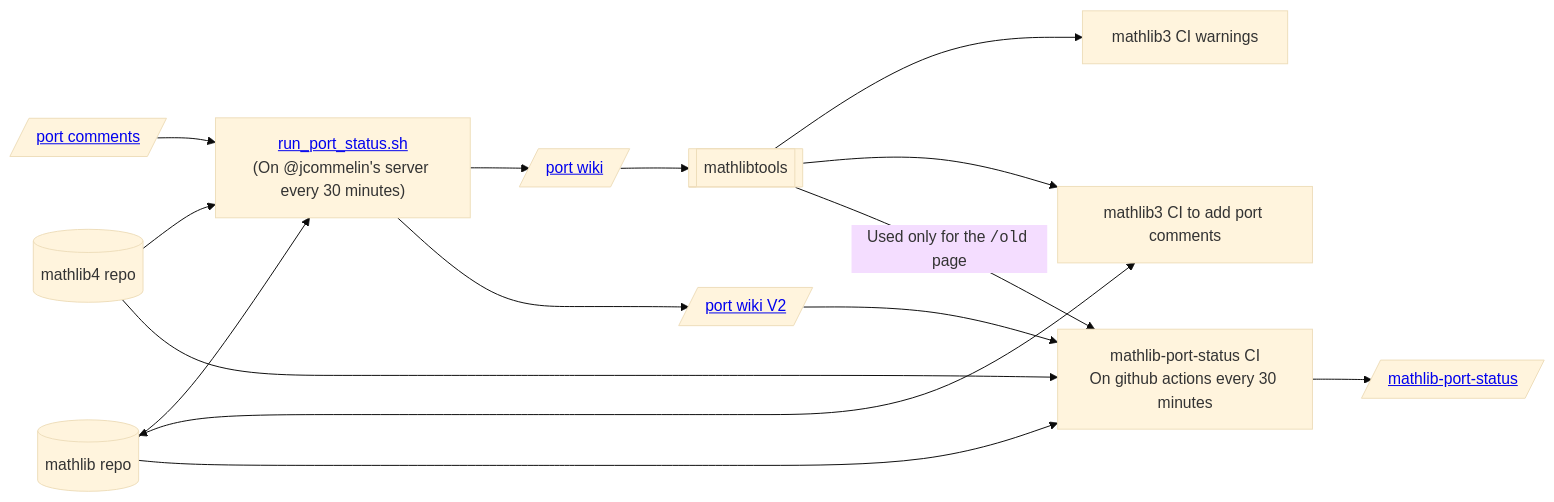
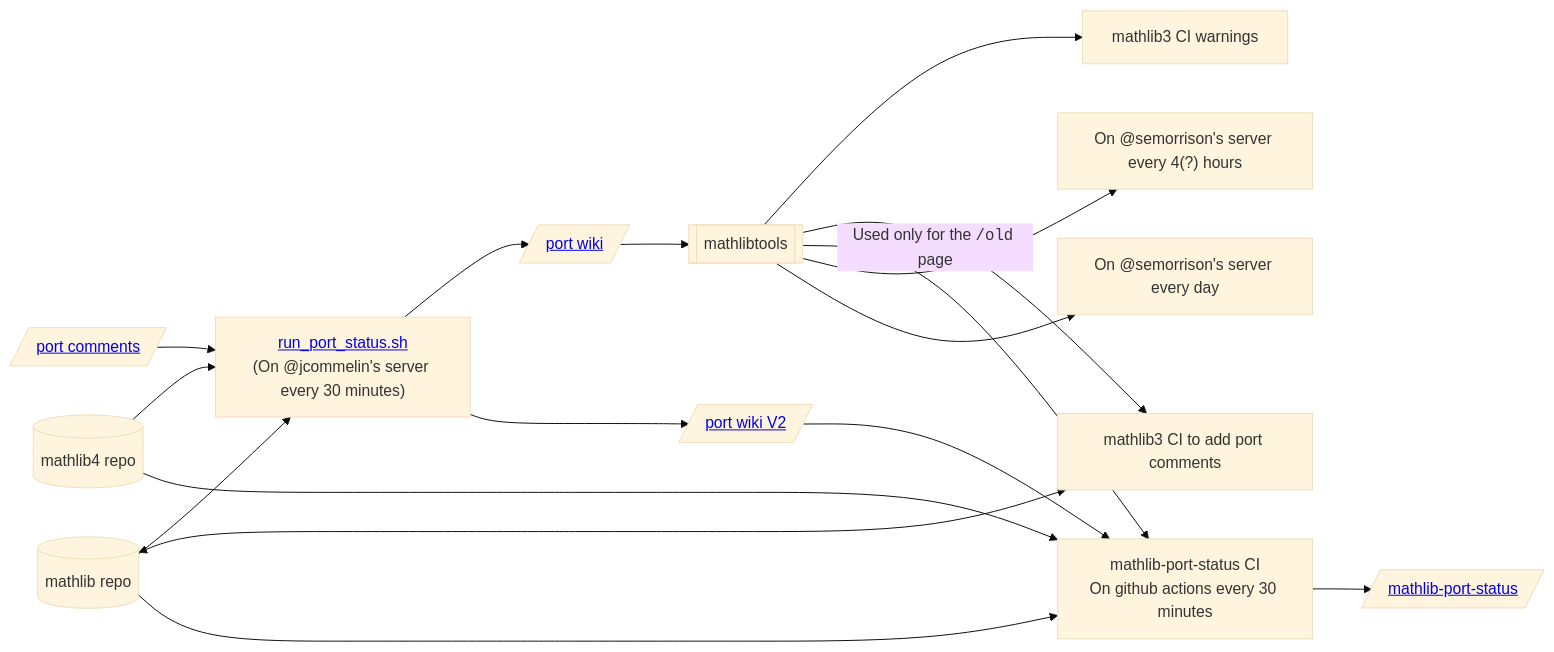
The diagram in README.md (leanprover-community/mathlib-port-status), drawn with Mermaid (base theme) before and after one commit.

Commit message:
Add porting bots to diagram

````diff
--- a/README.md
+++ b/README.md
@@ -6,30 +6,35 @@
 ```mermaid
 graph LR;
     mathlib4[(mathlib4 repo)]
     mathlib3[(mathlib repo)]
     port-comments[/"<a href='https://raw.githubusercontent.com/wiki/leanprover-community/mathlib4/port-comments.md'>port comments</a>"/]
     run_port_status["<a href='https://github.com/leanprover-community/mathlib4/blob/master/scripts/run_port_status.sh'>run_port_status.sh</a><br />(On @jcommelin's server every 30 minutes)"]
+    port-graph-bot["On @semorrison's server every 4(?) hours"]
+    port-status-bot["On @semorrison's server every day"]
     port-wiki[/"<a href='https://github.com/leanprover-community/mathlib/wiki/mathlib4-port-status'>port wiki</a>"/]
     port-wiki-yaml[/"<a href='https://github.com/leanprover-community/mathlib/wiki/mathlib4-port-status-yaml'>port wiki V2</a>"/]
     mathlibtools[[mathlibtools]]
     mathlib-port-status-ci[mathlib-port-status CI<br />On github actions every 30 minutes]
     mathlib-port-status[/"<a href='https://leanprover-community.github.io/mathlib-port-status/'>mathlib-port-status</a>"/]
     mathlib3-ci[mathlib3 CI warnings];
     mathlib3-comments[mathlib3 CI to add port comments];
     mathlib4-->run_port_status;
     port-comments-->run_port_status;
     run_port_status-->port-wiki;
     run_port_status-->port-wiki-yaml;
     port-wiki-->mathlibtools;
     mathlibtools-->mathlib3-ci;
     mathlibtools-->mathlib3-comments;
     mathlib3-->run_port_status;
 
     mathlib3 <-----> mathlib3-comments;
 
     port-wiki-yaml-->mathlib-port-status-ci;
     mathlibtools-- "Used only for the <code>/old</code> page" -->mathlib-port-status-ci;
     mathlib3-->mathlib-port-status-ci;
     mathlib4-->mathlib-port-status-ci;
     mathlib-port-status-ci-->mathlib-port-status;
+    
+    mathlibtools-->port-graph-bot;
+    mathlibtools-->port-status-bot;
 ```
````
